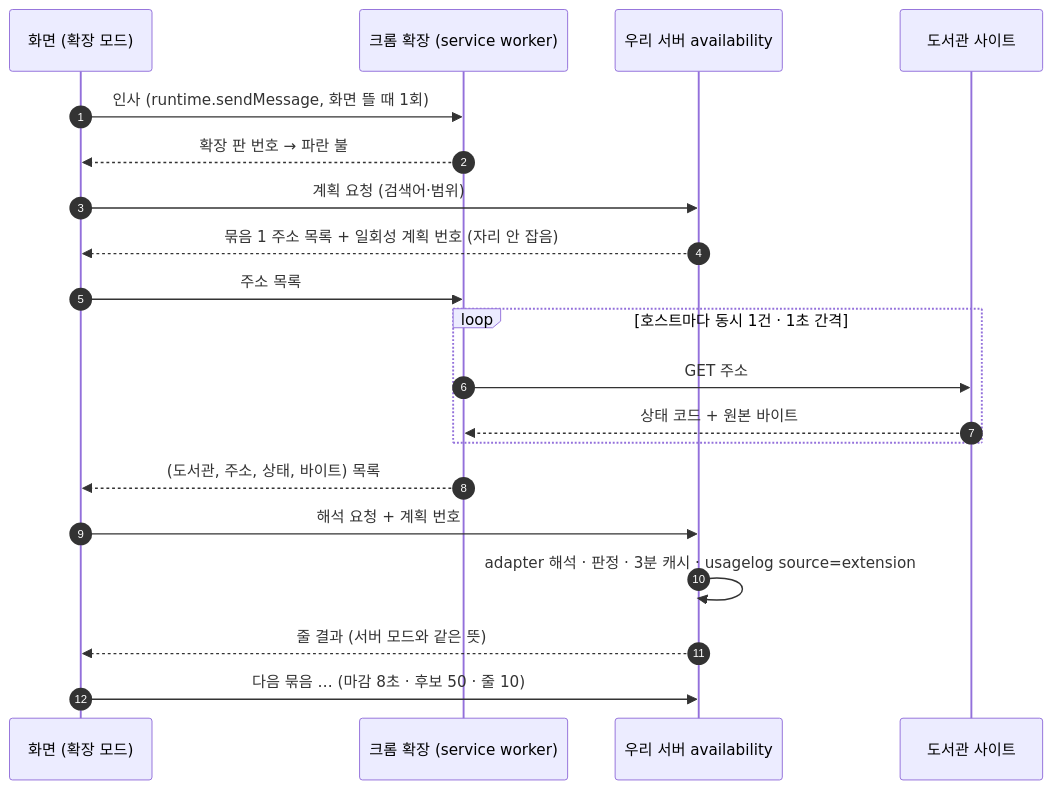
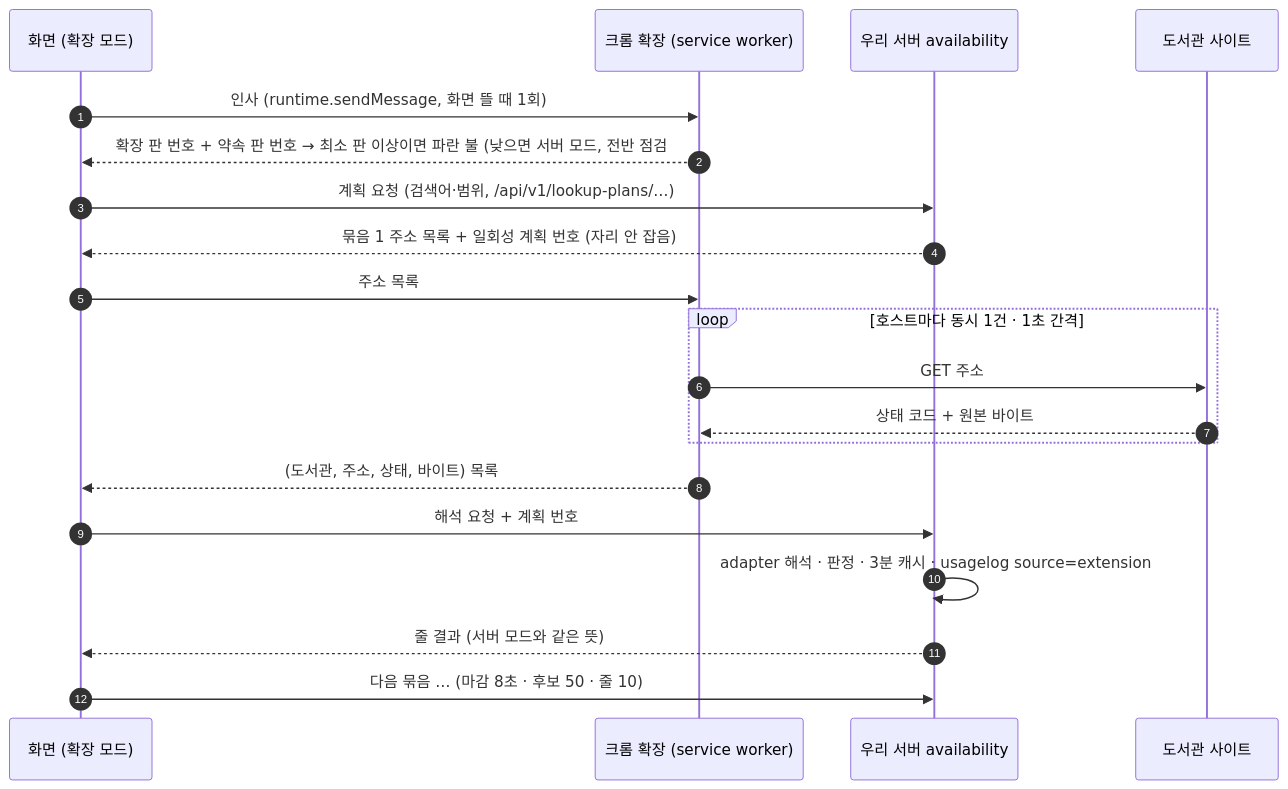
Before and after one commit to hodu-sketch/chaekcheck-plan: the second of 2 diagrams in docs/cycles/20-lookup-status-and-extension/flow.md, drawn with Mermaid. The commit also changed other lines of this file and 7 other files, not shown here.

Commit message:
cycle 20: apply overall review (13 decisions): three dev phases, host queue board self-heal, shared parse slots 8, summary log, gzip, version check, DB gray, ledger eviction, /api/v1/lookup-plans paths, fence (3) removed, search cap 40

````diff
--- a/docs/cycles/20-lookup-status-and-extension/flow.md
+++ b/docs/cycles/20-lookup-status-and-extension/flow.md
@@ -21,22 +24,22 @@
 ```mermaid
 sequenceDiagram
   autonumber
   participant W as 화면 (확장 모드)
   participant X as 크롬 확장 (service worker)
   participant A as 우리 서버 availability
   participant L as 도서관 사이트
   W->>X: 인사 (runtime.sendMessage, 화면 뜰 때 1회)
-  X-->>W: 확장 판 번호 → 파란 불
-  W->>A: 계획 요청 (검색어·범위)
+  X-->>W: 확장 판 번호 + 약속 판 번호 → 최소 판 이상이면 파란 불 (낮으면 서버 모드, 전반 점검 #8)
+  W->>A: 계획 요청 (검색어·범위, /api/v1/lookup-plans/…)
   A-->>W: 묶음 1 주소 목록 + 일회성 계획 번호 (자리 안 잡음)
   W->>X: 주소 목록
   loop 호스트마다 동시 1건 · 1초 간격
     X->>L: GET 주소
     L-->>X: 상태 코드 + 원본 바이트
   end
   X-->>W: (도서관, 주소, 상태, 바이트) 목록
   W->>A: 해석 요청 + 계획 번호
   A->>A: adapter 해석 · 판정 · 3분 캐시 · usagelog source=extension
   A-->>W: 줄 결과 (서버 모드와 같은 뜻)
   W->>A: 다음 묶음 … (마감 8초 · 후보 50 · 줄 10)
 ```
````
